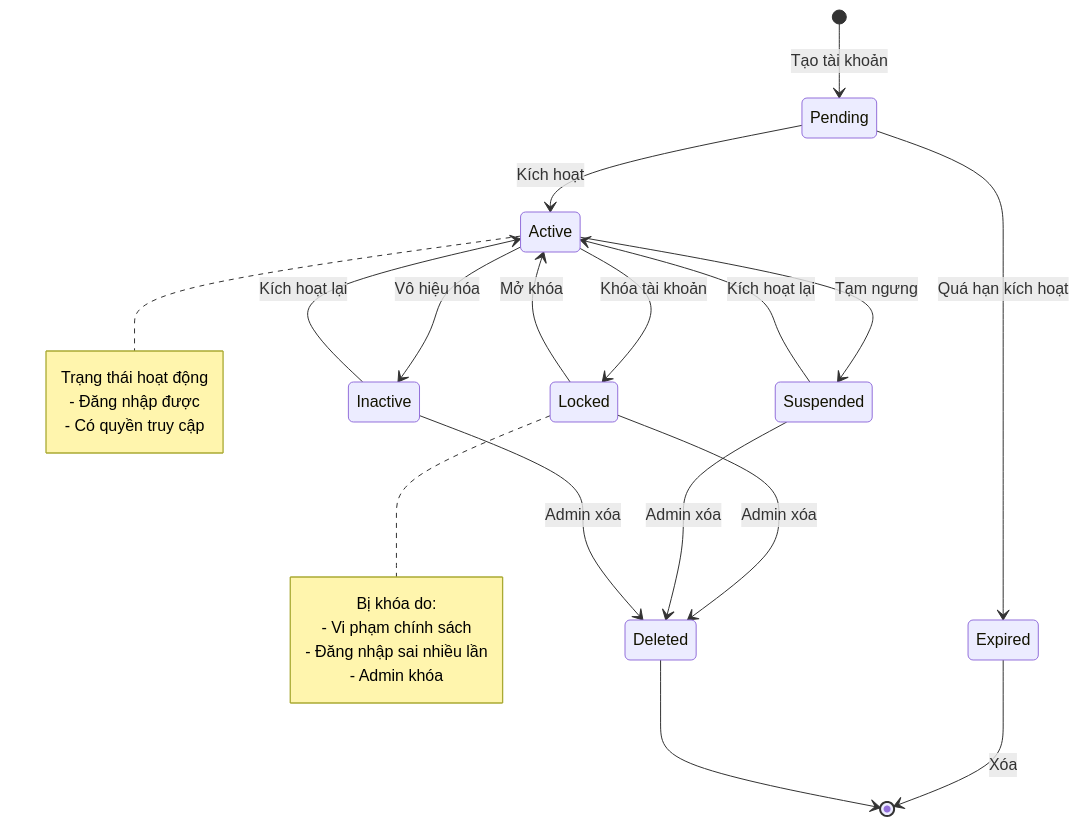
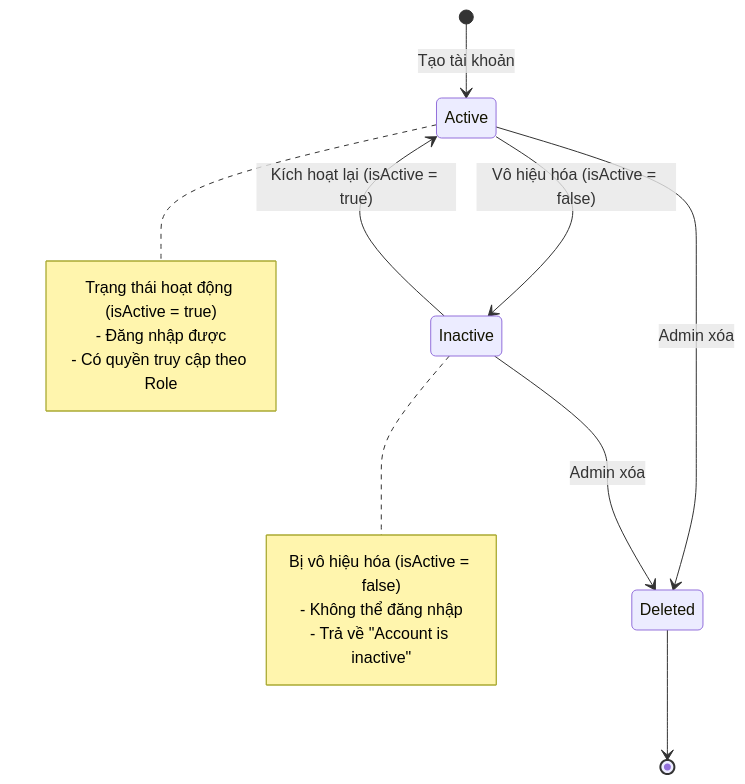
The third of 12 diagrams in docs/diagrams/AUTHENTICATION_MANAGEMENT_DIAGRAMS.md (huy1235588/restaurant-management), drawn with Mermaid before and after one commit. The commit also changed other lines of this file and 18 other files, not shown here.

````diff
--- a/docs/diagrams/AUTHENTICATION_MANAGEMENT_DIAGRAMS.md
+++ b/docs/diagrams/AUTHENTICATION_MANAGEMENT_DIAGRAMS.md
@@ -85,34 +75,24 @@
 ```mermaid
 stateDiagram-v2
-    [*] --> Pending: Tạo tài khoản
-    Pending --> Active: Kích hoạt
-    Pending --> Expired: Quá hạn kích hoạt
+    [*] --> Active: Tạo tài khoản
     
-    Active --> Locked: Khóa tài khoản
-    Active --> Suspended: Tạm ngưng
-    Active --> Inactive: Vô hiệu hóa
+    Active --> Inactive: Vô hiệu hóa (isActive = false)
+    Inactive --> Active: Kích hoạt lại (isActive = true)
     
-    Locked --> Active: Mở khóa
-    Suspended --> Active: Kích hoạt lại
-    Inactive --> Active: Kích hoạt lại
-    
-    Expired --> [*]: Xóa
-    Locked --> Deleted: Admin xóa
-    Suspended --> Deleted: Admin xóa
+    Active --> Deleted: Admin xóa
     Inactive --> Deleted: Admin xóa
     
     Deleted --> [*]
     
     note right of Active
-        Trạng thái hoạt động
+        Trạng thái hoạt động (isActive = true)
         - Đăng nhập được
-        - Có quyền truy cập
+        - Có quyền truy cập theo Role
     end note
     
-    note right of Locked
-        Bị khóa do:
-        - Vi phạm chính sách
-        - Đăng nhập sai nhiều lần
-        - Admin khóa
+    note right of Inactive
+        Bị vô hiệu hóa (isActive = false)
+        - Không thể đăng nhập
+        - Trả về "Account is inactive"
     end note
 ```
````
